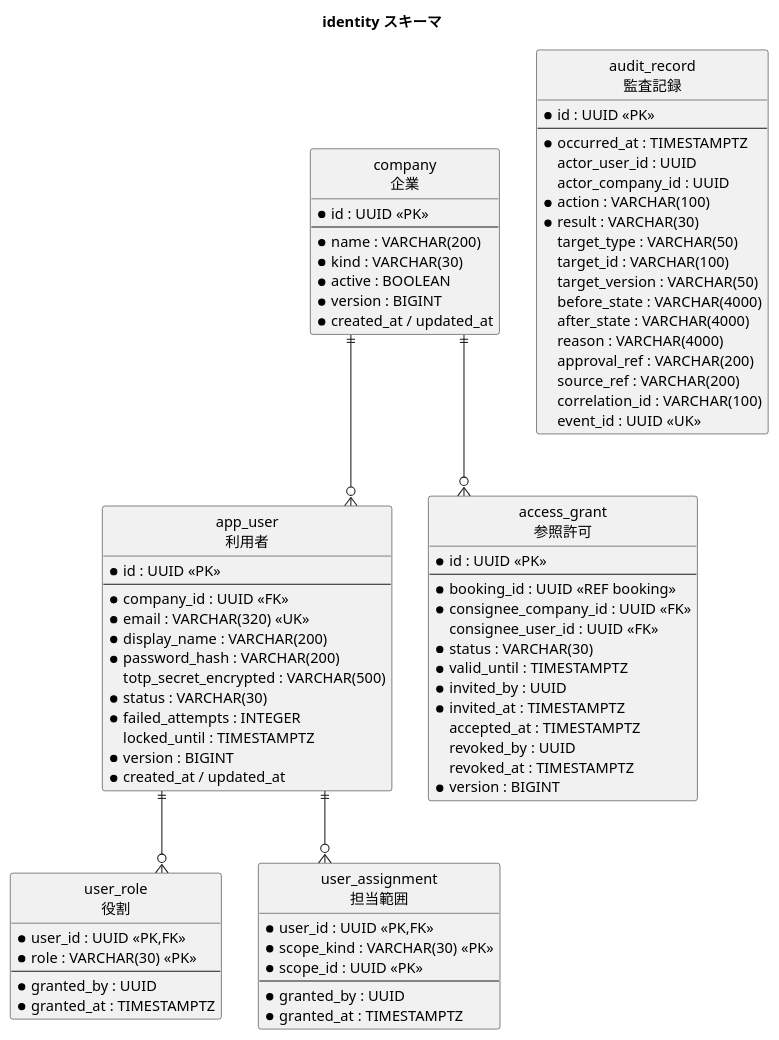
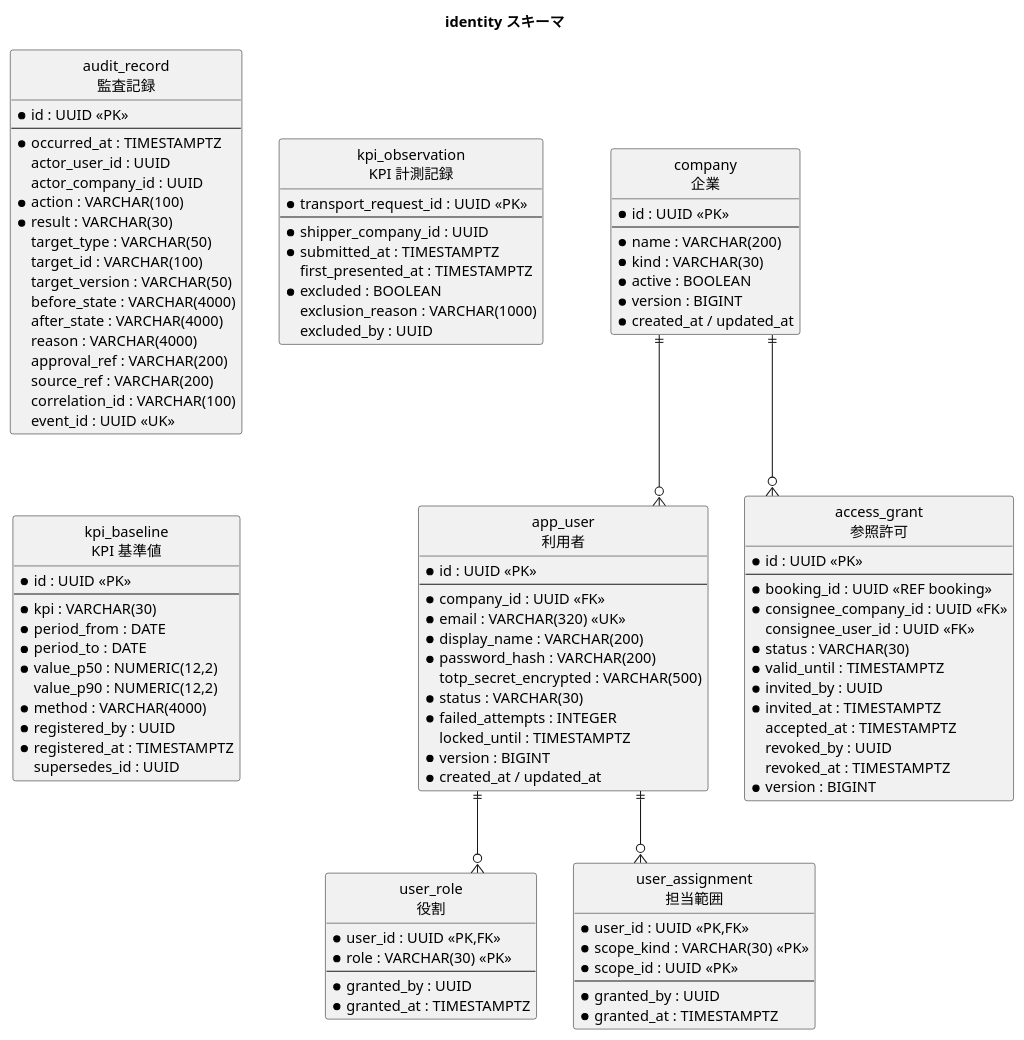
Before and after one commit to k2works/practical-domain-driven-design-in-enterpris-application: the sixth of 8 diagrams in docs/design/cargo-tracker/data_model.md, drawn with PlantUML. The commit also changed other lines of this file and 25 other files, not shown here.

```diff
--- a/docs/design/cargo-tracker/data_model.md
+++ b/docs/design/cargo-tracker/data_model.md
@@ -705,6 +770,29 @@
   correlation_id : VARCHAR(100)
   event_id : UUID <<UK>>
 }
+entity "kpi_observation\nKPI 計測記録" as ko {
+  * transport_request_id : UUID <<PK>>
+  --
+  * shipper_company_id : UUID
+  * submitted_at : TIMESTAMPTZ
+  first_presented_at : TIMESTAMPTZ
+  * excluded : BOOLEAN
+  exclusion_reason : VARCHAR(1000)
+  excluded_by : UUID
+}
+entity "kpi_baseline\nKPI 基準値" as kb {
+  * id : UUID <<PK>>
+  --
+  * kpi : VARCHAR(30)
+  * period_from : DATE
+  * period_to : DATE
+  * value_p50 : NUMERIC(12,2)
+  value_p90 : NUMERIC(12,2)
+  * method : VARCHAR(4000)
+  * registered_by : UUID
+  * registered_at : TIMESTAMPTZ
+  supersedes_id : UUID
+}
 co ||--o{ u
 u ||--o{ ur
 u ||--o{ ua
```
